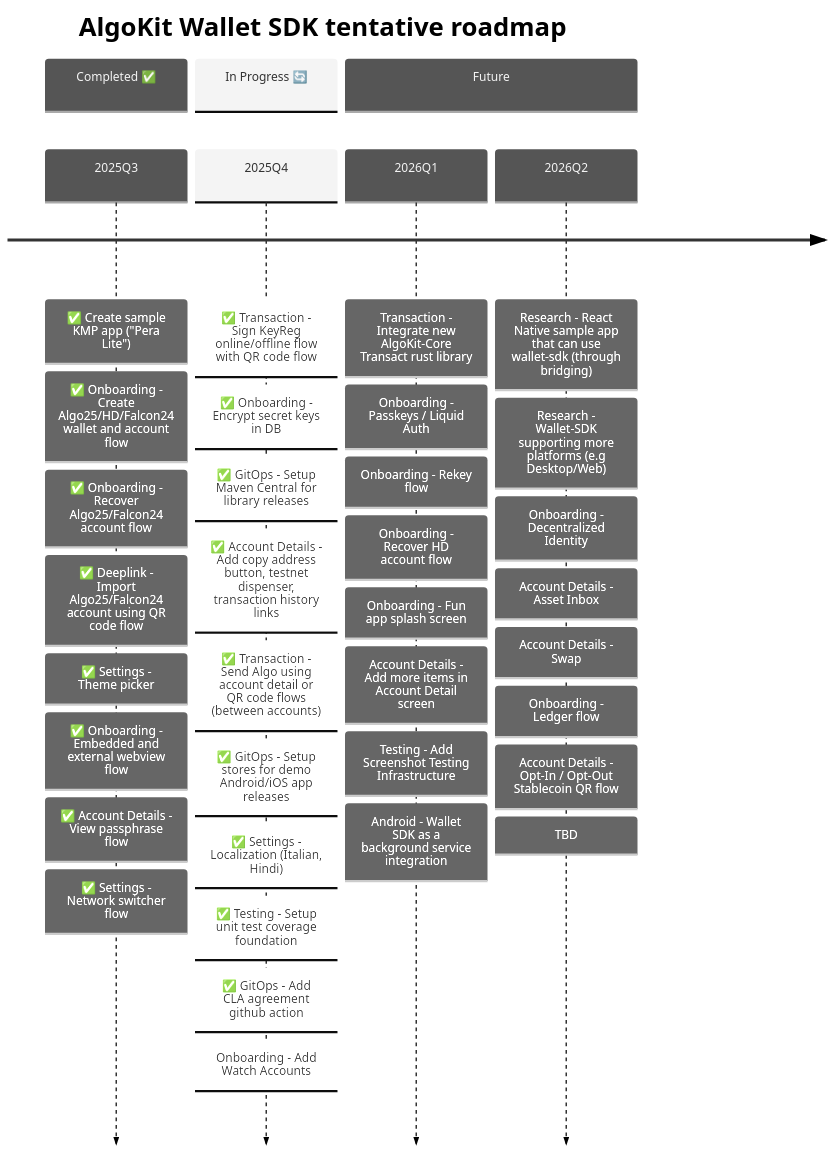
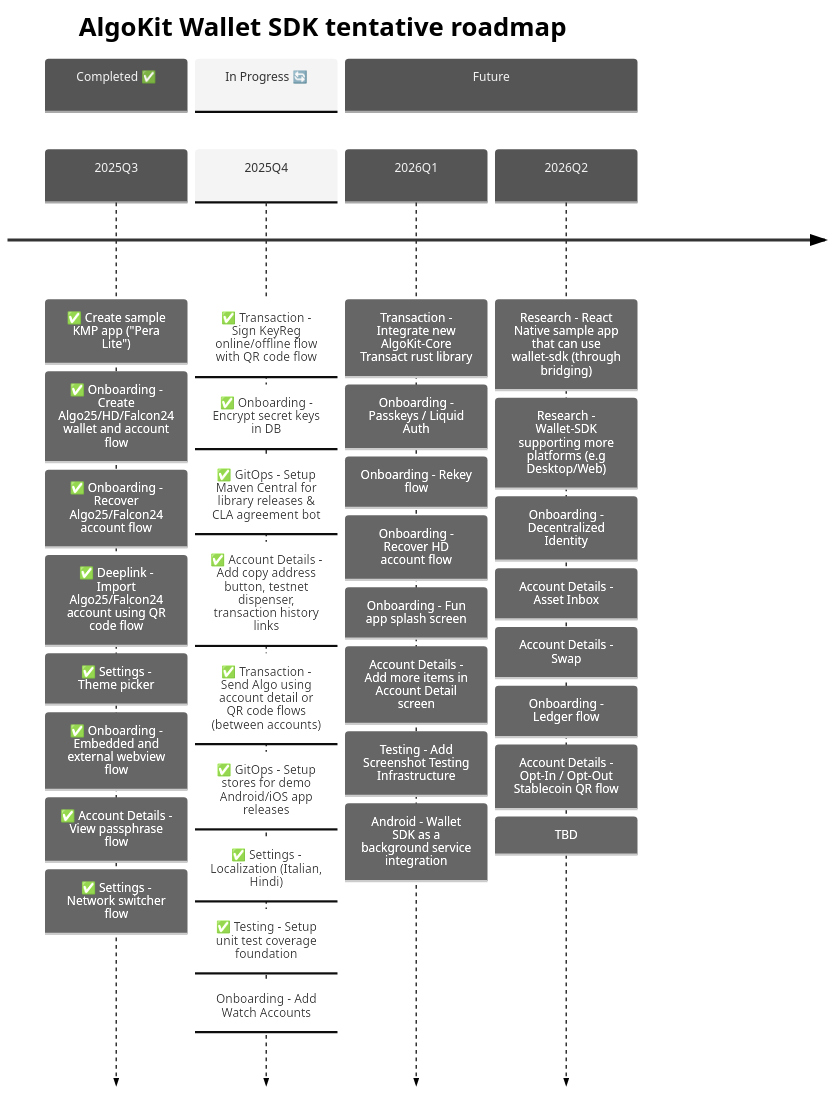
One commit to michaeltchuang/algokit-walletsdk-kmp changed the second of 3 diagrams in README.md. Above: the diagram before and after it, drawn with Mermaid.

Commit message:
docs: shorten 2025Q4

````diff
--- a/README.md
+++ b/README.md
@@ -67,49 +67,48 @@
 ```mermaid
 ---
 config:
   theme: 'neutral'
 ---
 timeline
     title AlgoKit Wallet SDK tentative roadmap
 
     section Completed ✅
     2025Q3  : ✅ Create sample KMP app ("Pera Lite")
             : ✅ Onboarding - Create Algo25/HD/Falcon24 wallet and account flow
             : ✅ Onboarding - Recover Algo25/Falcon24 account flow
             : ✅ Deeplink - Import Algo25/Falcon24 account using QR code flow
             : ✅ Settings - Theme picker
             : ✅ Onboarding - Embedded and external webview flow
             : ✅ Account Details - View passphrase flow
             : ✅ Settings - Network switcher flow
 
     section In Progress 🔄
     2025Q4  : ✅ Transaction - Sign KeyReg online/offline flow with QR code flow
             : ✅ Onboarding - Encrypt secret keys in DB
-            : ✅ GitOps - Setup Maven Central for library releases
+            : ✅ GitOps - Setup Maven Central for library releases & CLA agreement bot
             : ✅ Account Details - Add copy address button, testnet dispenser, transaction history links
             : ✅ Transaction - Send Algo using account detail or QR code flows (between accounts)
             : ✅ GitOps - Setup stores for demo Android/iOS app releases
             : ✅ Settings - Localization (Italian, Hindi)
             : ✅ Testing - Setup unit test coverage foundation
-            : ✅ GitOps - Add CLA agreement github action
             : Onboarding - Add Watch Accounts
 
 
     section Future
     2026Q1  : Transaction - Integrate new AlgoKit-Core Transact rust library
             : Onboarding - Passkeys / Liquid Auth
             : Onboarding - Rekey flow
             : Onboarding - Recover HD account flow
             : Onboarding - Fun app splash screen
             : Account Details - Add more items in Account Detail screen
             : Testing - Add Screenshot Testing Infrastructure
             : Android - Wallet SDK as a background service integration
     2026Q2  : Research - React Native sample app that can use wallet-sdk (through bridging)
             : Research - Wallet-SDK supporting more platforms (e.g Desktop/Web)
             : Onboarding - Decentralized Identity
             : Account Details - Asset Inbox
             : Account Details - Swap
             : Onboarding - Ledger flow
             : Account Details - Opt-In / Opt-Out Stablecoin QR flow
             : TBD
 ```
````
